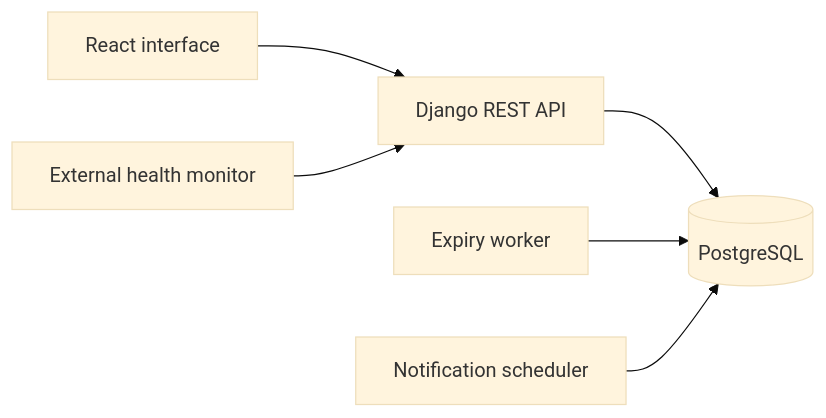
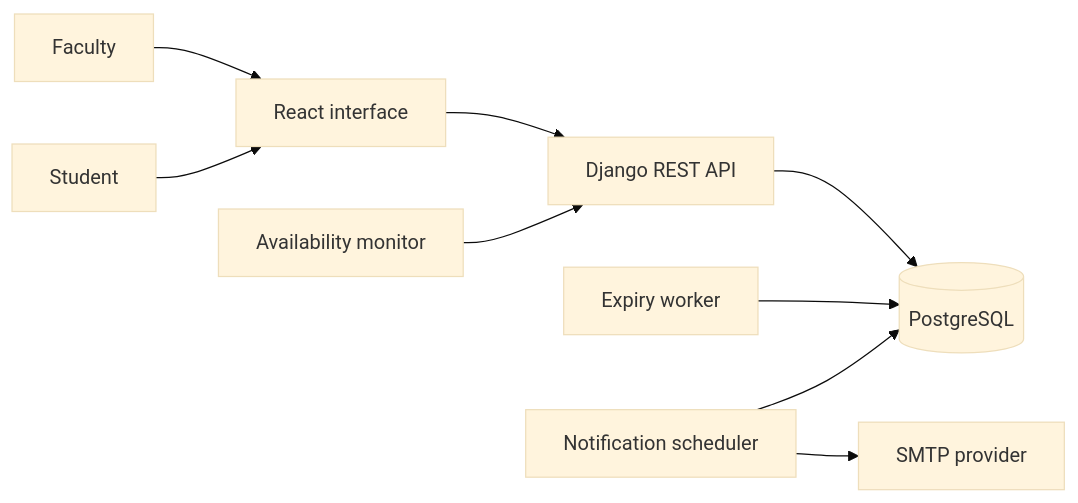
Before and after one commit to chiranthanv/online-exam-portal: the diagram in README.md, drawn with Mermaid (base theme). The commit also changed other lines of this file and 1 other file, not shown here.

````diff
--- a/README.md
+++ b/README.md
@@ -147,8 +164,11 @@
 ```mermaid
 flowchart LR
-    Browser[React interface] --> API[Django REST API]
+    Faculty[Faculty] --> UI[React interface]
+    Student[Student] --> UI
+    UI --> API[Django REST API]
     API --> DB[(PostgreSQL)]
-    Worker[Expiry worker] --> DB
+    Expiry[Expiry worker] --> DB
     Scheduler[Notification scheduler] --> DB
-    Monitor[External health monitor] --> API
+    Scheduler --> Mail[SMTP provider]
+    Monitor[Availability monitor] --> API
 ```
````
